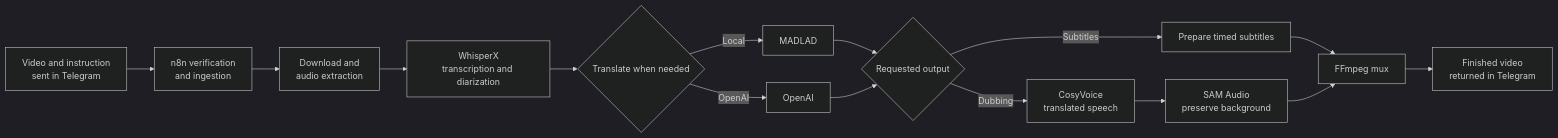
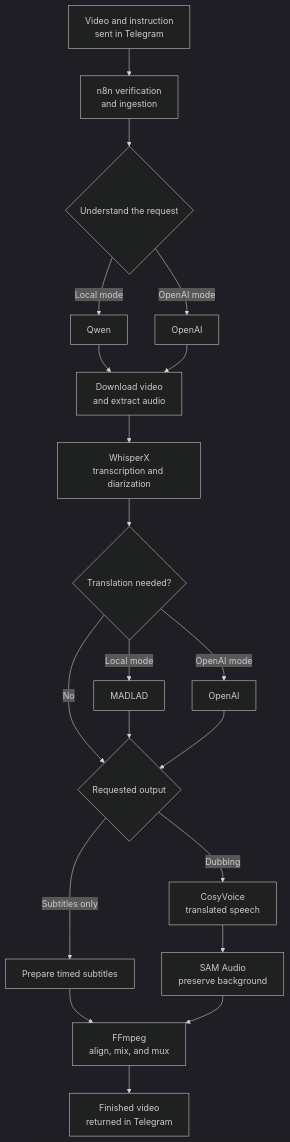
One commit to amin-lotf/TelegramAgent changed the first of 2 diagrams in README.md. Above: the diagram before and after it, drawn with Mermaid (dark theme). The commit also changed 4 other files, not shown here.

Commit message:
improve subtitle handling for CJK scripts and update translation workflow diagram

````diff
--- a/README.md
+++ b/README.md
@@ -46,17 +46,22 @@
 ```mermaid
-flowchart LR
+flowchart TB
     A[Video and instruction<br/>sent in Telegram] --> B[n8n verification<br/>and ingestion]
-    B --> C[Download and<br/>audio extraction]
-    C --> D[WhisperX<br/>transcription and diarization]
-    D --> E{Translate when needed}
-    E -->|Local| F[MADLAD]
-    E -->|OpenAI| G[OpenAI]
-    F --> H{Requested output}
-    G --> H
-    H -->|Subtitles| I[Prepare timed subtitles]
-    H -->|Dubbing| J[CosyVoice<br/>translated speech]
-    J --> K[SAM Audio<br/>preserve background]
-    I --> L[FFmpeg mux]
-    K --> L
-    L --> M[Finished video<br/>returned in Telegram]
+    B --> C{Understand the request}
+    C -->|Local mode| D[Qwen]
+    C -->|OpenAI mode| E[OpenAI]
+    D --> F[Download video<br/>and extract audio]
+    E --> F
+    F --> G[WhisperX<br/>transcription and diarization]
+    G --> H{Translation needed?}
+    H -->|No| K{Requested output}
+    H -->|Local mode| I[MADLAD]
+    H -->|OpenAI mode| J[OpenAI]
+    I --> K
+    J --> K
+    K -->|Subtitles only| L[Prepare timed subtitles]
+    K -->|Dubbing| M[CosyVoice<br/>translated speech]
+    M --> N[SAM Audio<br/>preserve background]
+    L --> O[FFmpeg<br/>align, mix, and mux]
+    N --> O
+    O --> P[Finished video<br/>returned in Telegram]
 ```
````
